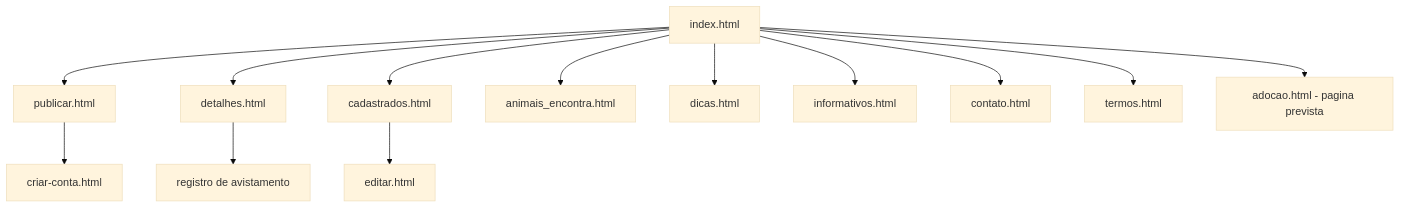
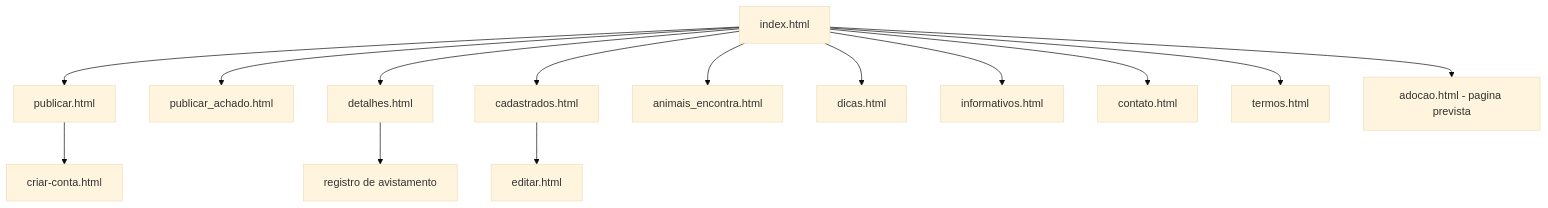
One commit to Reminsonrps/PetConecta changed the tenth of 11 diagrams in docs/modelagem-site.md. Above: the diagram before and after it, drawn with Mermaid (base theme). The commit also changed other lines of this file and 17 other files, not shown here.

````diff
--- a/docs/modelagem-site.md
+++ b/docs/modelagem-site.md
@@ -419,16 +435,17 @@
 ```mermaid
 flowchart TD
     HOME[index.html]
     HOME --> PUBLICAR[publicar.html]
+    HOME --> PUBLICAR_ACHADO[publicar_achado.html]
     HOME --> DETALHES[detalhes.html]
     HOME --> CADASTRADOS[cadastrados.html]
     HOME --> ENCONTRADOS[animais_encontra.html]
     HOME --> DICAS[dicas.html]
     HOME --> INFORMATIVOS[informativos.html]
     HOME --> CONTATO[contato.html]
     HOME --> TERMOS[termos.html]
     PUBLICAR --> LOGIN[criar-conta.html]
     CADASTRADOS --> EDITAR[editar.html]
     DETALHES --> AVISTAMENTO[registro de avistamento]
     HOME --> ADOCAO[adocao.html - pagina prevista]
 ```
````
